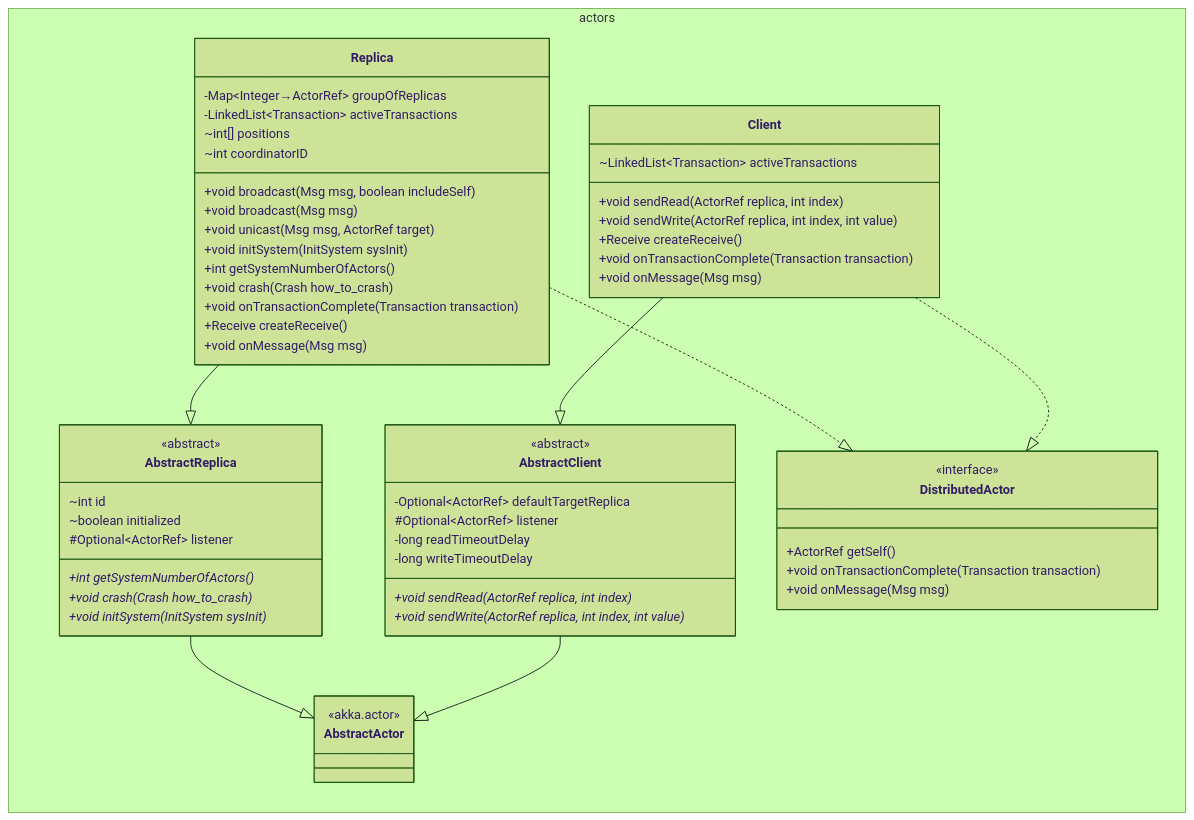
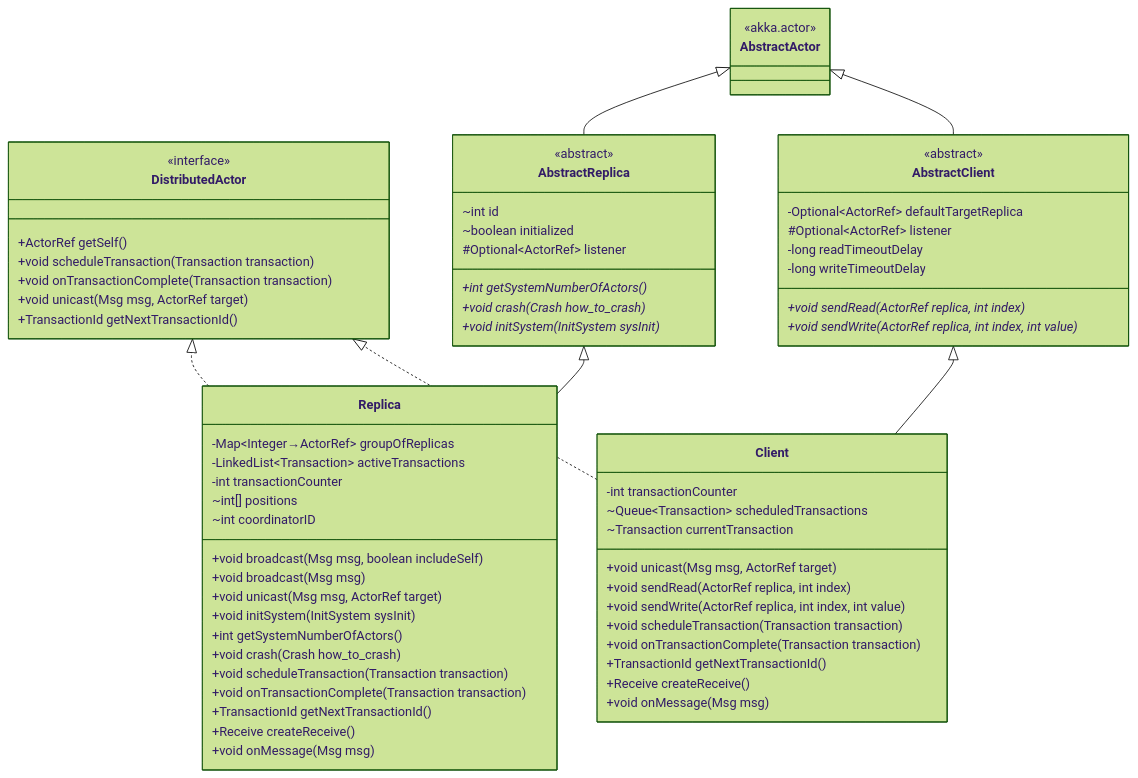
Before and after one commit to alanmasu/CoreDump_DS_Project: the diagram in charts/UML/Actors_UML.mmd, drawn with Mermaid. The commit also changed 1 other file, not shown here.

Commit message:
docs: Update UML diagrams to reflect changes in Transaction class

```diff
--- a/charts/UML/Actors_UML.mmd
+++ b/charts/UML/Actors_UML.mmd
@@ -1,93 +1,105 @@
 ---
 config:
   theme: forest
 ---
 classDiagram
 
     direction BT
 
     %% ==================================================================
     %% ACTOR HIERARCHY
     %%
     %% Legend of the notation used in this diagram
     %%   ..|>  realization  : "implements" an interface (dashed + hollow triangle)
     %%   --|>  inheritance  : "extends" a class         (solid  + hollow triangle)
     %% Member markers: * = abstract, + public, # protected, - private,
     %%                 ~ package-private (Java default visibility).
     %% Boilerplate (equals/hashCode/toString/compareTo) and simple accessors,
     %% getters/setters and logging helpers are omitted from every box.
     %% Map~K→V~ is read as Map<K, V> (Mermaid generics cannot contain a comma).
     %%
-    %% SCOPE: only the actor types. Transaction and Msg appear in signatures but
-    %% have no box here - see Transactions_UML.mmd and Messages_UML.mmd.
+    %% SCOPE: only the actor types. Transaction, TransactionId and Msg appear in
+    %% signatures but have no box here - see TransactionBase_UML.mmd and
+    %% Messages_UML.mmd.
+    %% NOTE: Replica keeps a list of concurrently active transactions, while
+    %% Client runs one at a time and queues the rest.
     %% Infrastructure and test plumbing (NetworkChannel, Logger, Main, Props,
     %% InitSystem, Crash/CrashType/CrashStatus and the listener notification
     %% messages) are deliberately omitted.
     %% ==================================================================
 
-    namespace actors {
+    %% namespace actors {
 
         class AbstractActor {
             <<akka.actor>>
         }
 
         class DistributedActor {
             <<interface>>
             +ActorRef getSelf()
+            +void scheduleTransaction(Transaction transaction)
             +void onTransactionComplete(Transaction transaction)
-            +void onMessage(Msg msg)
+            +void unicast(Msg msg, ActorRef target)
+            +TransactionId getNextTransactionId()
         }
 
         class AbstractReplica {
             <<abstract>>
             ~int id
             ~boolean initialized
             #Optional~ActorRef~ listener
             +int getSystemNumberOfActors()*
             +void crash(Crash how_to_crash)*
             +void initSystem(InitSystem sysInit)*
         }
 
         class Replica {
             -Map~Integer→ActorRef~ groupOfReplicas
             -LinkedList~Transaction~ activeTransactions
+            -int transactionCounter
             ~int[] positions
             ~int coordinatorID
             +void broadcast(Msg msg, boolean includeSelf)
             +void broadcast(Msg msg)
             +void unicast(Msg msg, ActorRef target)
             +void initSystem(InitSystem sysInit)
             +int getSystemNumberOfActors()
             +void crash(Crash how_to_crash)
+            +void scheduleTransaction(Transaction transaction)
             +void onTransactionComplete(Transaction transaction)
+            +TransactionId getNextTransactionId()
             +Receive createReceive()
             +void onMessage(Msg msg)
         }
 
         class AbstractClient {
             <<abstract>>
             -Optional~ActorRef~ defaultTargetReplica
             #Optional~ActorRef~ listener
             -long readTimeoutDelay
             -long writeTimeoutDelay
             +void sendRead(ActorRef replica, int index)*
             +void sendWrite(ActorRef replica, int index, int value)*
         }
 
         class Client {
-            ~LinkedList~Transaction~ activeTransactions
+            -int transactionCounter
+            ~Queue~Transaction~ scheduledTransactions
+            ~Transaction currentTransaction
+            +void unicast(Msg msg, ActorRef target)
             +void sendRead(ActorRef replica, int index)
             +void sendWrite(ActorRef replica, int index, int value)
+            +void scheduleTransaction(Transaction transaction)
+            +void onTransactionComplete(Transaction transaction)
+            +TransactionId getNextTransactionId()
             +Receive createReceive()
-            +void onTransactionComplete(Transaction transaction)
             +void onMessage(Msg msg)
         }
-    }
+    %% }
 
+    Replica --|> AbstractReplica
+    Client --|> AbstractClient
+    Replica ..|> DistributedActor
+    Client ..|> DistributedActor
     AbstractReplica --|> AbstractActor
     AbstractClient --|> AbstractActor
-    Replica --|> AbstractReplica
-    Client --|> AbstractClient
-    %% both concrete actors expose the callbacks the transactions call back into
-    Replica ..|> DistributedActor
-    Client ..|> DistributedActor
```
